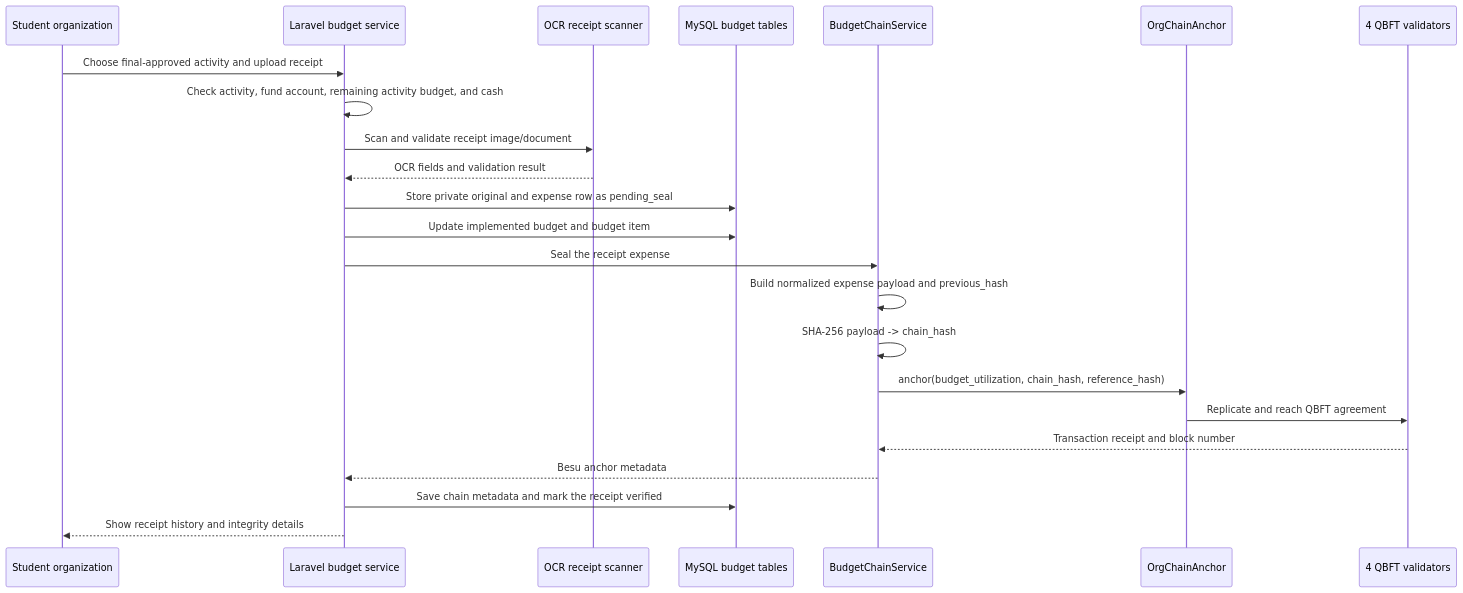
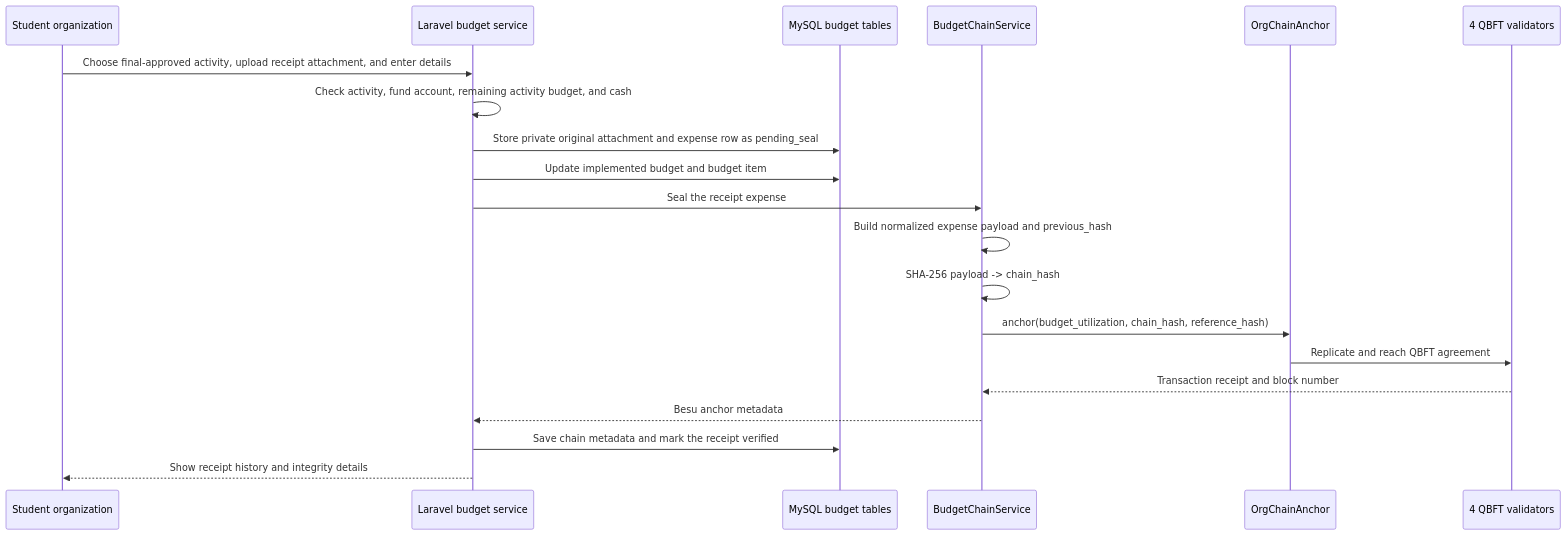
One commit to chals1029/OrgChainProject changed the third of 3 diagrams in ORGCHAIN/01 - System Architecture/Blockchain Architecture - Complete.md. Above: the diagram before and after it, drawn with Mermaid. The commit also changed other lines of this file and 44 other files, not shown here.

````diff
--- a/ORGCHAIN/01 - System Architecture/Blockchain Architecture - Complete.md
+++ b/ORGCHAIN/01 - System Architecture/Blockchain Architecture - Complete.md
@@ -207,26 +207,23 @@
 ```mermaid
 sequenceDiagram
     participant SO as Student organization
     participant L as Laravel budget service
-    participant O as OCR receipt scanner
     participant D as MySQL budget tables
     participant B as BudgetChainService
     participant C as OrgChainAnchor
     participant Q as 4 QBFT validators
 
-    SO->>L: Choose final-approved activity and upload receipt
+    SO->>L: Choose final-approved activity, upload receipt attachment, and enter details
     L->>L: Check activity, fund account, remaining activity budget, and cash
-    L->>O: Scan and validate receipt image/document
-    O-->>L: OCR fields and validation result
-    L->>D: Store private original and expense row as pending_seal
+    L->>D: Store private original attachment and expense row as pending_seal
     L->>D: Update implemented budget and budget item
     L->>B: Seal the receipt expense
     B->>B: Build normalized expense payload and previous_hash
     B->>B: SHA-256 payload -> chain_hash
     B->>C: anchor(budget_utilization, chain_hash, reference_hash)
     C->>Q: Replicate and reach QBFT agreement
     Q-->>B: Transaction receipt and block number
     B-->>L: Besu anchor metadata
     L->>D: Save chain metadata and mark the receipt verified
     L-->>SO: Show receipt history and integrity details
 ```
````
